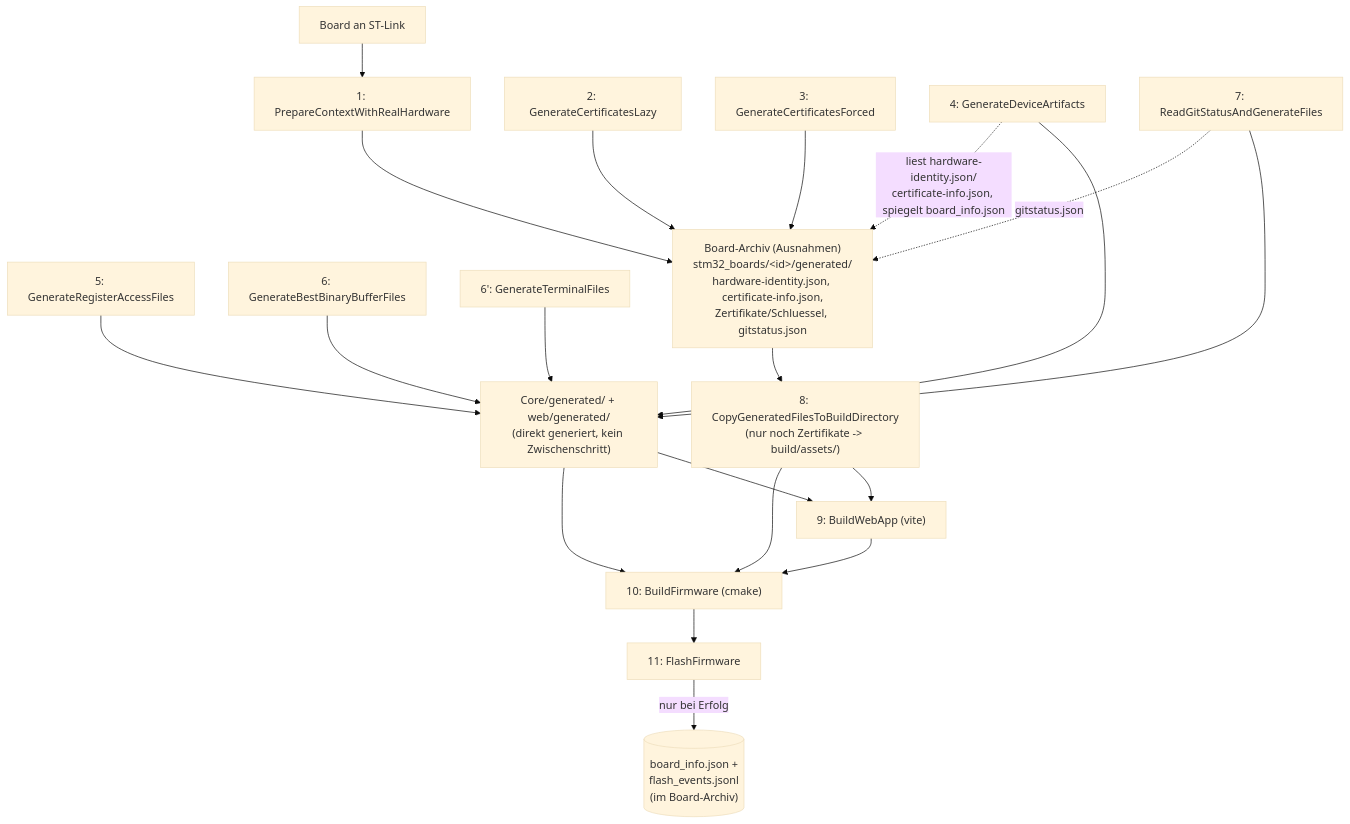
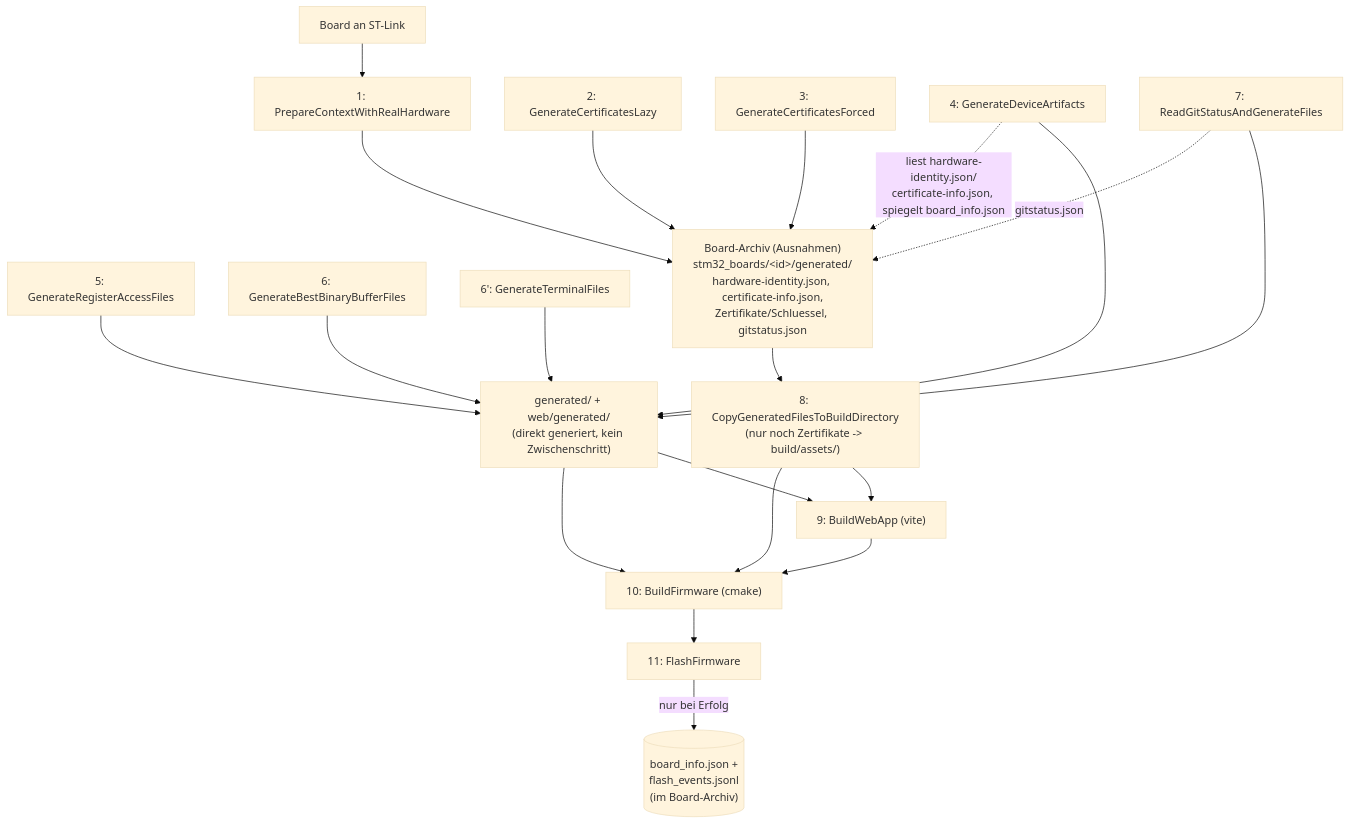
The diagram in firmware_factory_control_unit/docs/build-process.md (klaus-liebler/factory_in_a_box), drawn with Mermaid (base theme) before and after one commit. The commit also changed other lines of this file and 60 other files, not shown here.

First line of the commit message:
FCU layout: generated/ to the top level, schemas under schema/, RoArm example removed

````diff
--- a/firmware_factory_control_unit/docs/build-process.md
+++ b/firmware_factory_control_unit/docs/build-process.md
@@ -126,39 +126,39 @@
 ```mermaid
 flowchart TD
     HW["Board an ST-Link"]
     HWID["1: PrepareContextWithRealHardware"]
     CERTL["2: GenerateCertificatesLazy"]
     CERTF["3: GenerateCertificatesForced"]
     ART["4: GenerateDeviceArtifacts"]
     RM["5: GenerateRegisterAccessFiles"]
     WSP["6: GenerateBestBinaryBufferFiles"]
     TERM["6': GenerateTerminalFiles"]
     GS["7: ReadGitStatusAndGenerateFiles"]
     ARCHIVE["Board-Archiv (Ausnahmen)\nstm32_boards/&lt;id&gt;/generated/\nhardware-identity.json, certificate-info.json,\nZertifikate/Schluessel, gitstatus.json"]
-    PROJECT["Core/generated/ + web/generated/\n(direkt generiert, kein Zwischenschritt)"]
+    PROJECT["generated/ + web/generated/\n(direkt generiert, kein Zwischenschritt)"]
     COPY["8: CopyGeneratedFilesToBuildDirectory\n(nur noch Zertifikate -> build/assets/)"]
     WEB["9: BuildWebApp (vite)"]
     FW["10: BuildFirmware (cmake)"]
     FLASH["11: FlashFirmware"]
     BOARDJSON[("board_info.json +\nflash_events.jsonl\n(im Board-Archiv)")]
 
     HW --> HWID
     HWID --> ARCHIVE
     CERTL --> ARCHIVE
     CERTF --> ARCHIVE
     ART --> PROJECT
     ART -.->|"liest hardware-identity.json/\ncertificate-info.json, spiegelt board_info.json"| ARCHIVE
     RM --> PROJECT
     WSP --> PROJECT
     TERM --> PROJECT
     GS --> PROJECT
     GS -.->|"gitstatus.json"| ARCHIVE
     ARCHIVE --> COPY
     PROJECT --> WEB
     COPY --> WEB
     PROJECT --> FW
     COPY --> FW
     WEB --> FW
     FW --> FLASH
     FLASH -->|"nur bei Erfolg"| BOARDJSON
 ```
````
